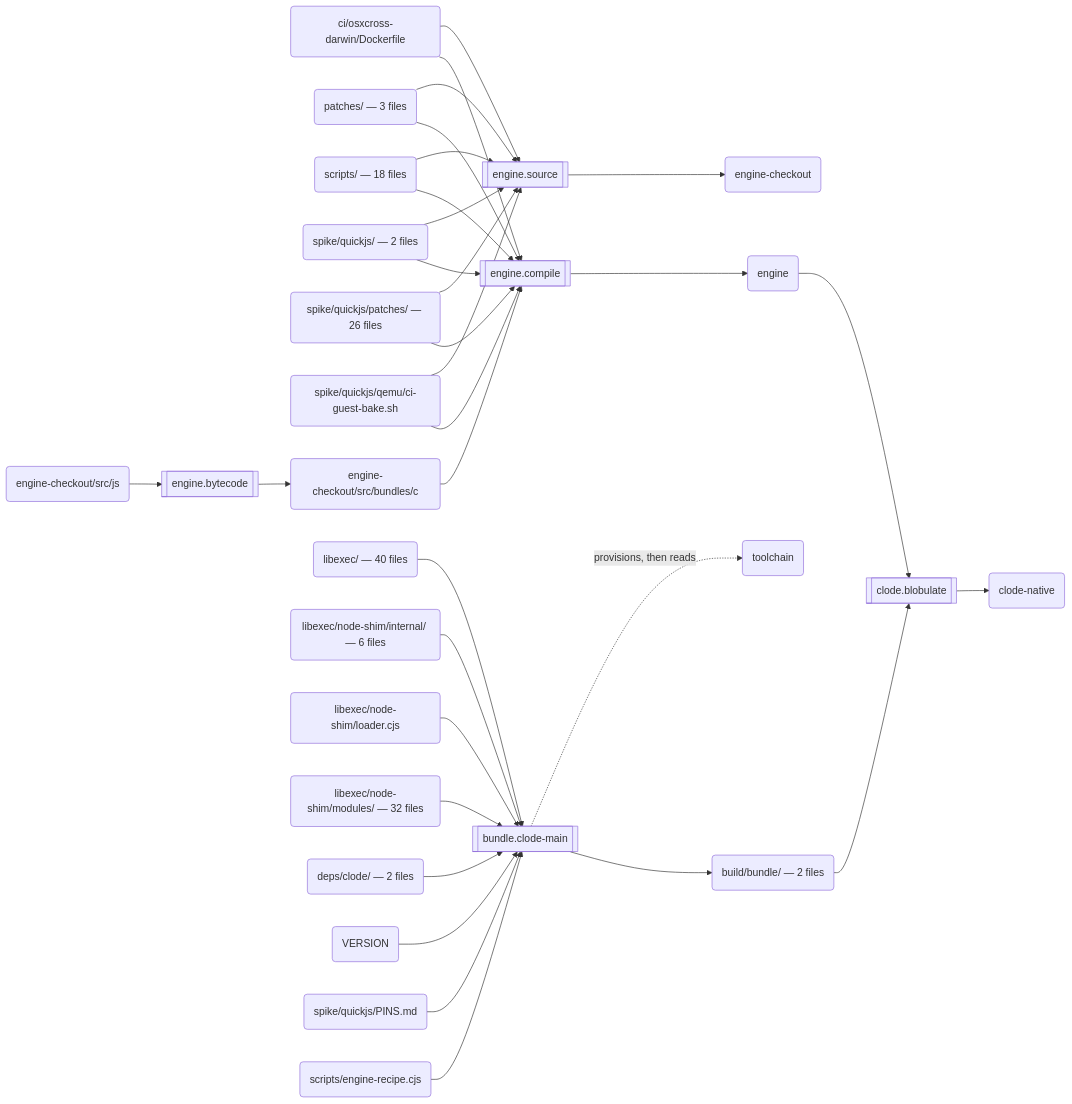
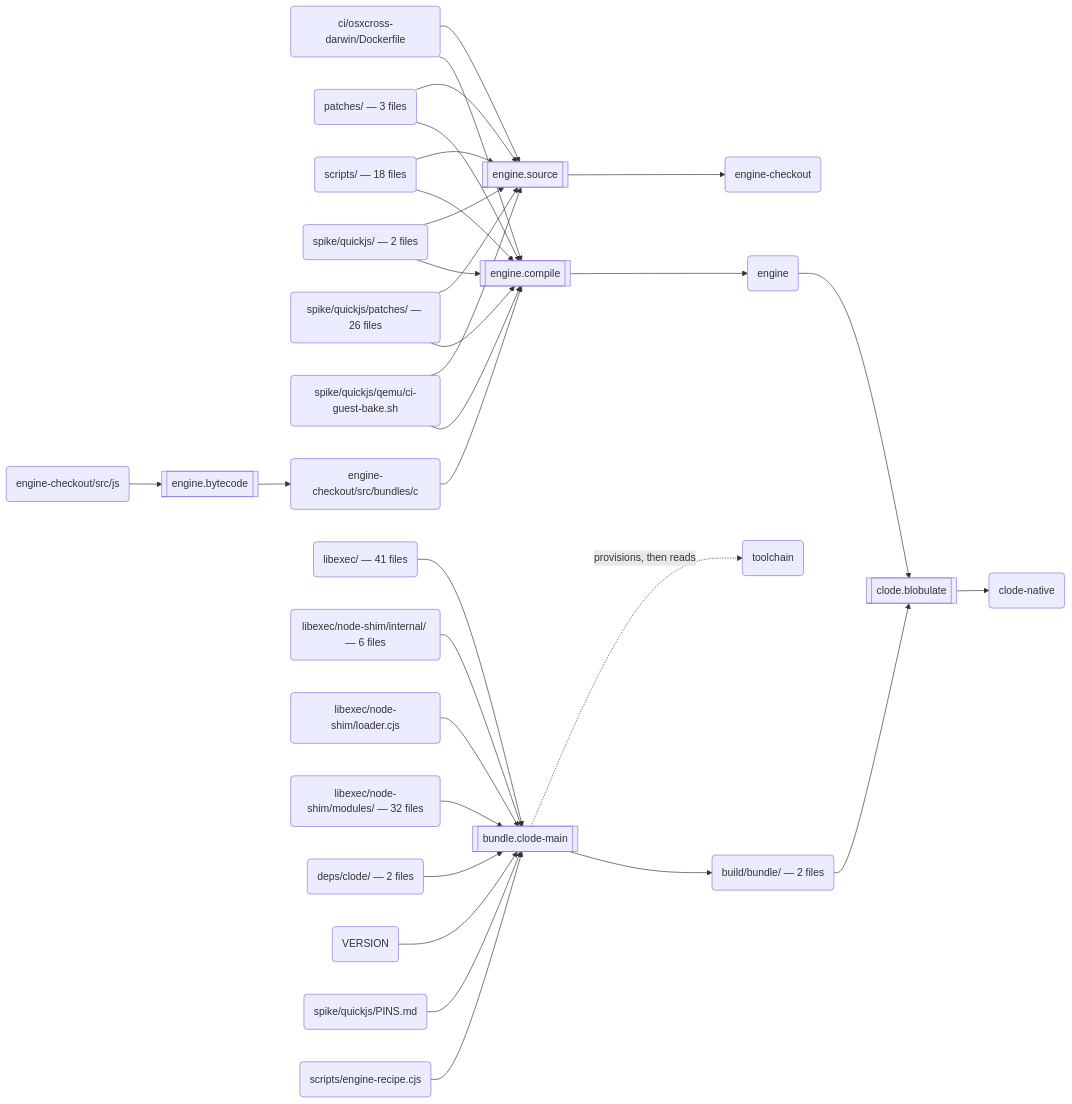
One commit to schmonz/clode changed the second of 3 diagrams in docs/build.md. Above: the diagram before and after it, drawn with Mermaid. The commit also changed 28 other files, not shown here.

````diff
--- a/docs/build.md
+++ b/docs/build.md
@@ -123,59 +123,59 @@
 ```mermaid
 flowchart LR
   s0[["engine.source"]]
   a0("ci/osxcross-darwin/Dockerfile")
   a1("patches/ — 3 files")
   a2("scripts/ — 18 files")
   a3("spike/quickjs/ — 2 files")
   a4("spike/quickjs/patches/ — 26 files")
   a5("spike/quickjs/qemu/ci-guest-bake.sh")
   a6("engine-checkout")
   s1[["engine.bytecode"]]
   a7("engine-checkout/src/js")
   a8("engine-checkout/src/bundles/c")
   s2[["engine.compile"]]
   a9("engine")
   s3[["bundle.clode-main"]]
-  a10("libexec/ — 40 files")
+  a10("libexec/ — 41 files")
   a11("libexec/node-shim/internal/ — 6 files")
   a12("libexec/node-shim/loader.cjs")
   a13("libexec/node-shim/modules/ — 32 files")
   a14("deps/clode/ — 2 files")
   a15("VERSION")
   a16("spike/quickjs/PINS.md")
   a17("scripts/engine-recipe.cjs")
   a18("toolchain")
   a19("build/bundle/ — 2 files")
   s4[["clode.blobulate"]]
   a20("clode-native")
   a0 --> s0
   a1 --> s0
   a2 --> s0
   a3 --> s0
   a4 --> s0
   a5 --> s0
   s0 --> a6
   a7 --> s1
   s1 --> a8
   a8 --> s2
   a0 --> s2
   a1 --> s2
   a2 --> s2
   a3 --> s2
   a4 --> s2
   a5 --> s2
   s2 --> a9
   a10 --> s3
   a11 --> s3
   a12 --> s3
   a13 --> s3
   a14 --> s3
   a15 --> s3
   a16 --> s3
   a17 --> s3
   s3 -.->|"provisions, then reads"| a18
   s3 --> a19
   a9 --> s4
   a19 --> s4
   s4 --> a20
 ```
````
